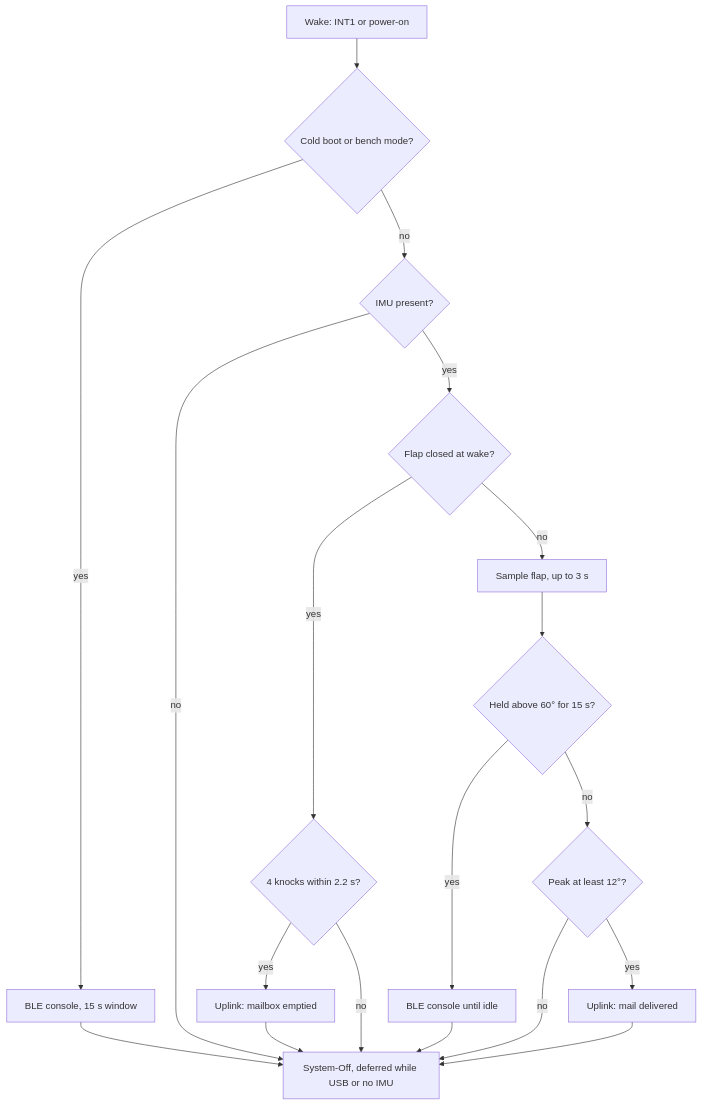
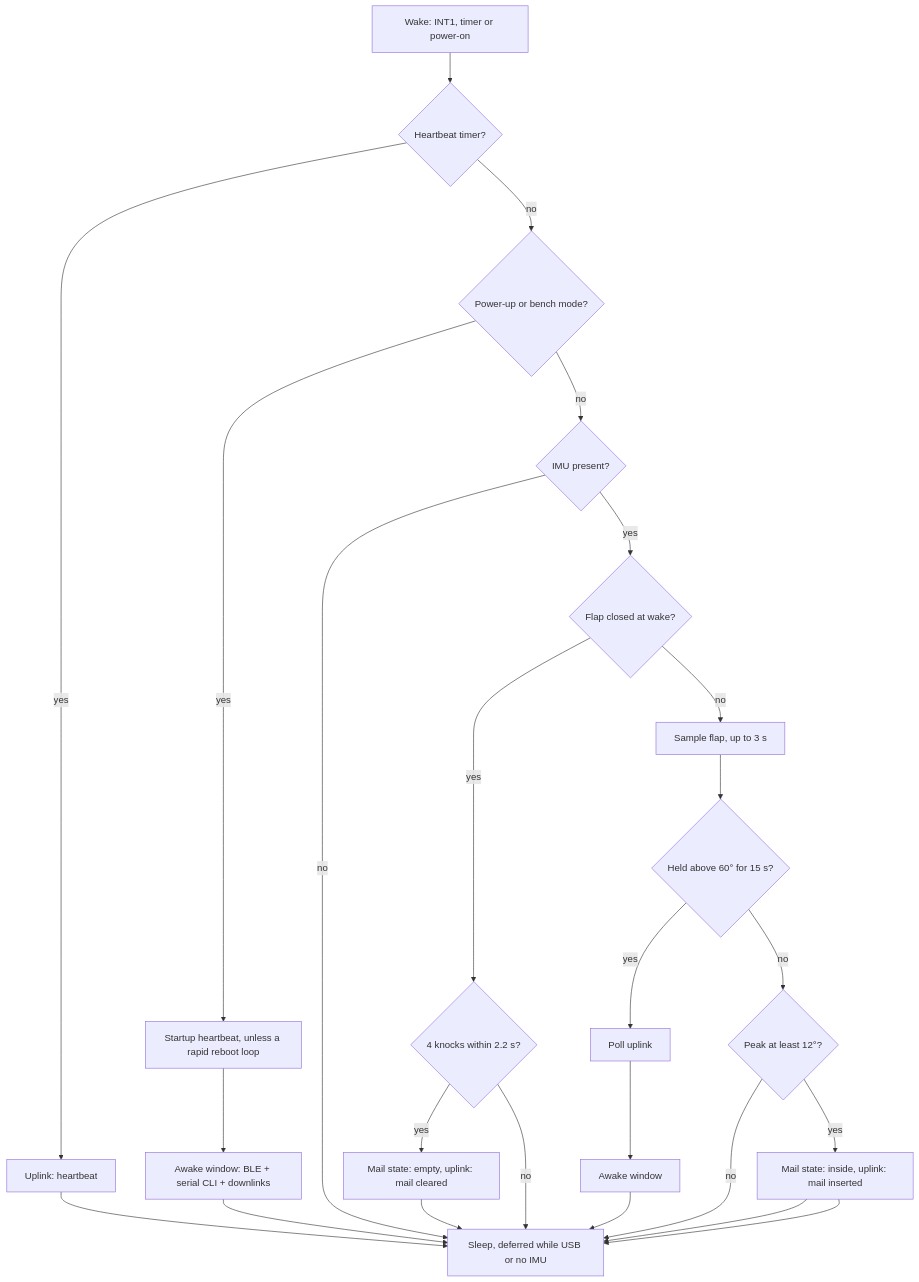
The diagram in README.md (veronoicc/mailbox-tilt-sensor), drawn with Mermaid before and after one commit. The commit also changed other lines of this file and 1 other file, not shown here.

First line of the commit message:
docs: document message types, commands, awake window and heartbeat

````diff
--- a/README.md
+++ b/README.md
@@ -11,19 +11,22 @@
 ```mermaid
 flowchart TD
-  W[Wake: INT1 or power-on] --> B{Cold boot or bench mode?}
-  B -- yes --> BLE1[BLE console, 15 s window]
+  W[Wake: INT1, timer or power-on] --> T{Heartbeat timer?}
+  T -- yes --> HB[Uplink: heartbeat] --> S
+  T -- no --> B{Power-up or bench mode?}
+  B -- yes --> SH[Startup heartbeat, unless a rapid reboot loop] --> BLE1[Awake window: BLE + serial CLI + downlinks]
   BLE1 --> S
   B -- no --> I{IMU present?}
   I -- no --> S
   I -- yes --> K{Flap closed at wake?}
   K -- yes --> KN{4 knocks within 2.2 s?}
-  KN -- yes --> E[Uplink: mailbox emptied]
+  KN -- yes --> E[Mail state: empty, uplink: mail cleared]
   KN -- no --> S
   K -- no --> F[Sample flap, up to 3 s]
   F --> H{Held above 60° for 15 s?}
-  H -- yes --> BLE2[BLE console until idle] --> S
+  H -- yes --> PU[Poll uplink] --> BLE2[Awake window] --> S
   H -- no --> P{Peak at least 12°?}
   P -- no --> S
-  P -- yes --> D[Uplink: mail delivered] --> S
-  E --> S[System-Off, deferred while USB or no IMU]
+  P -- yes --> D[Mail state: inside, uplink: mail inserted] --> S
+  E --> S[Sleep, deferred while USB or no IMU]
+  D --> S
 ```
````
